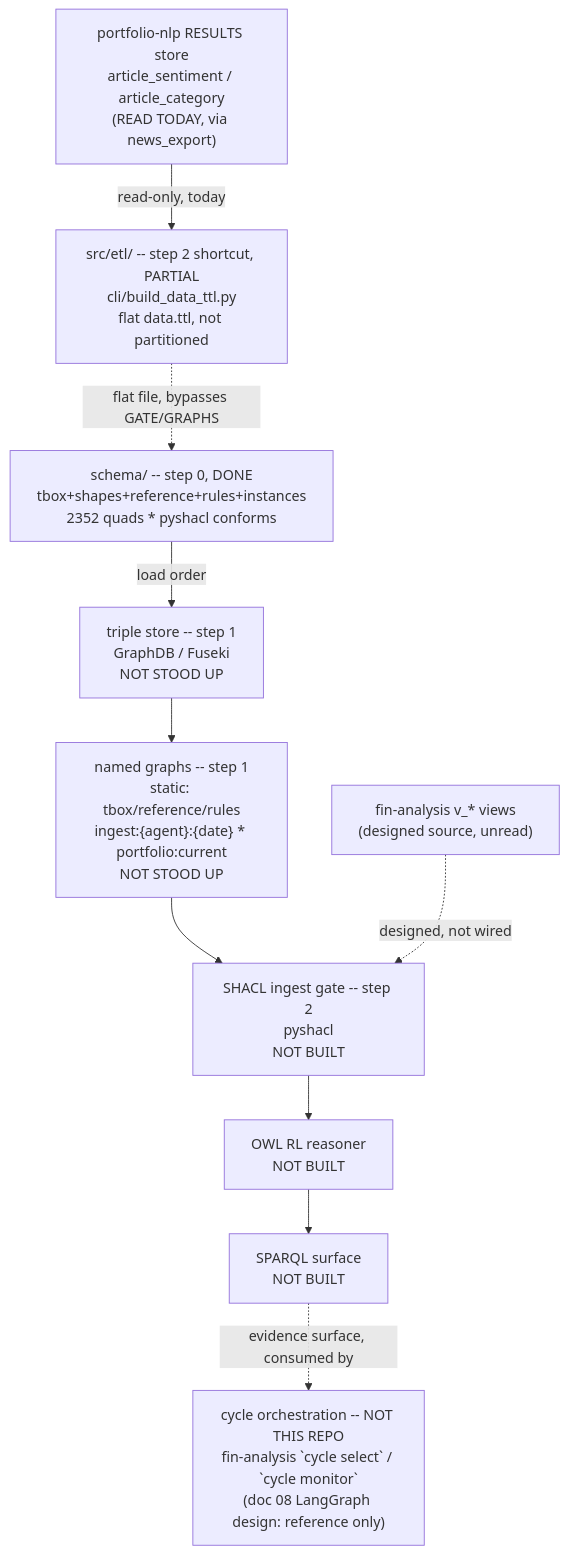
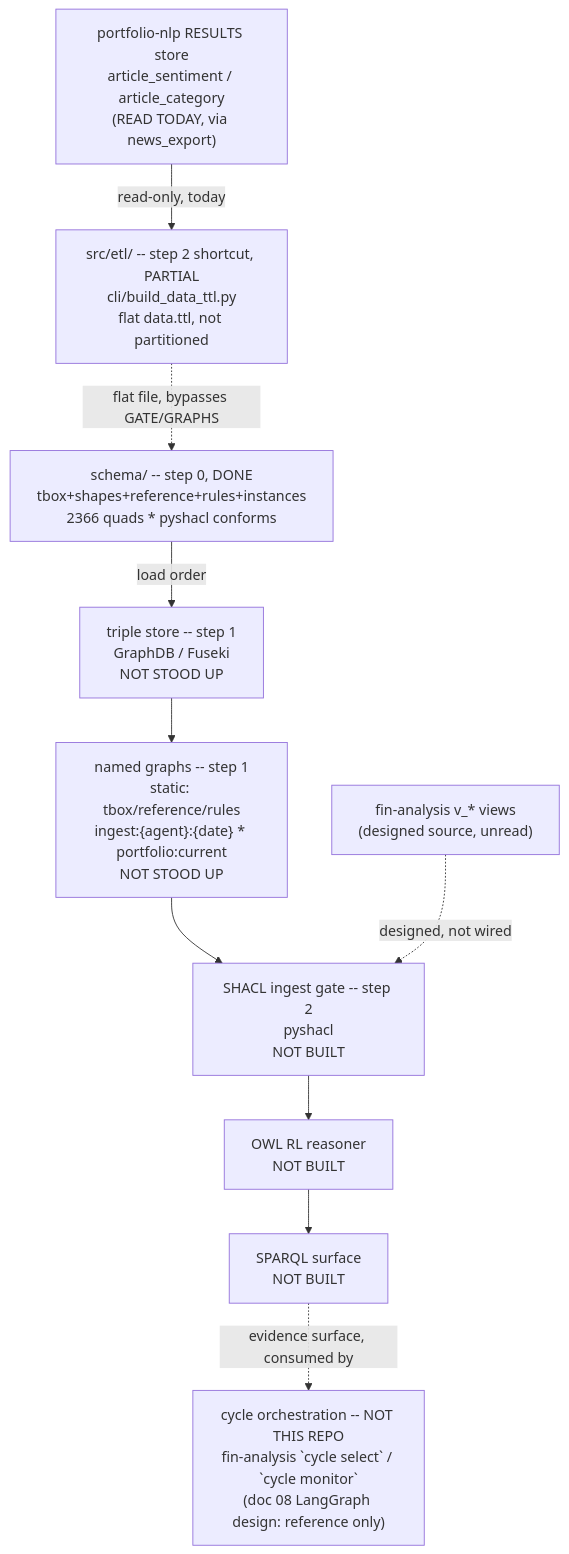
The diagram in .specify/memory/SPEC.md (gamug/portfolio-knowledge-graph), drawn with Mermaid before and after one commit. The commit also changed other lines of this file and 3 other files, not shown here.

````diff
--- a/.specify/memory/SPEC.md
+++ b/.specify/memory/SPEC.md
@@ -298,20 +325,20 @@
 ```mermaid
 flowchart TB
-    SCHEMA["schema/ -- step 0, DONE<br/>tbox+shapes+reference+rules+instances<br/>2352 quads * pyshacl conforms"]
+    SCHEMA["schema/ -- step 0, DONE<br/>tbox+shapes+reference+rules+instances<br/>2366 quads * pyshacl conforms"]
     STORE["triple store -- step 1<br/>GraphDB / Fuseki<br/>NOT STOOD UP"]
     GRAPHS["named graphs -- step 1<br/>static: tbox/reference/rules<br/>ingest:{agent}:{date} * portfolio:current<br/>NOT STOOD UP"]
     GATE["SHACL ingest gate -- step 2<br/>pyshacl<br/>NOT BUILT"]
     FIN["fin-analysis v_* views<br/>(designed source, unread)"]
     NLPRES["portfolio-nlp RESULTS store<br/>article_sentiment / article_category<br/>(READ TODAY, via news_export)"]
     ETL["src/etl/ -- step 2 shortcut, PARTIAL<br/>cli/build_data_ttl.py<br/>flat data.ttl, not partitioned"]
     REASON["OWL RL reasoner<br/>NOT BUILT"]
     SPARQL["SPARQL surface<br/>NOT BUILT"]
     AGENTS["cycle orchestration -- NOT THIS REPO<br/>fin-analysis `cycle select` / `cycle monitor`<br/>(doc 08 LangGraph design: reference only)"]
 
     SCHEMA -->|load order| STORE --> GRAPHS --> GATE
     FIN -.->|designed, not wired| GATE
     NLPRES -->|read-only, today| ETL
     ETL -.->|flat file, bypasses GATE/GRAPHS| SCHEMA
     GATE --> REASON --> SPARQL
     SPARQL -.->|evidence surface, consumed by| AGENTS
 ```
````
